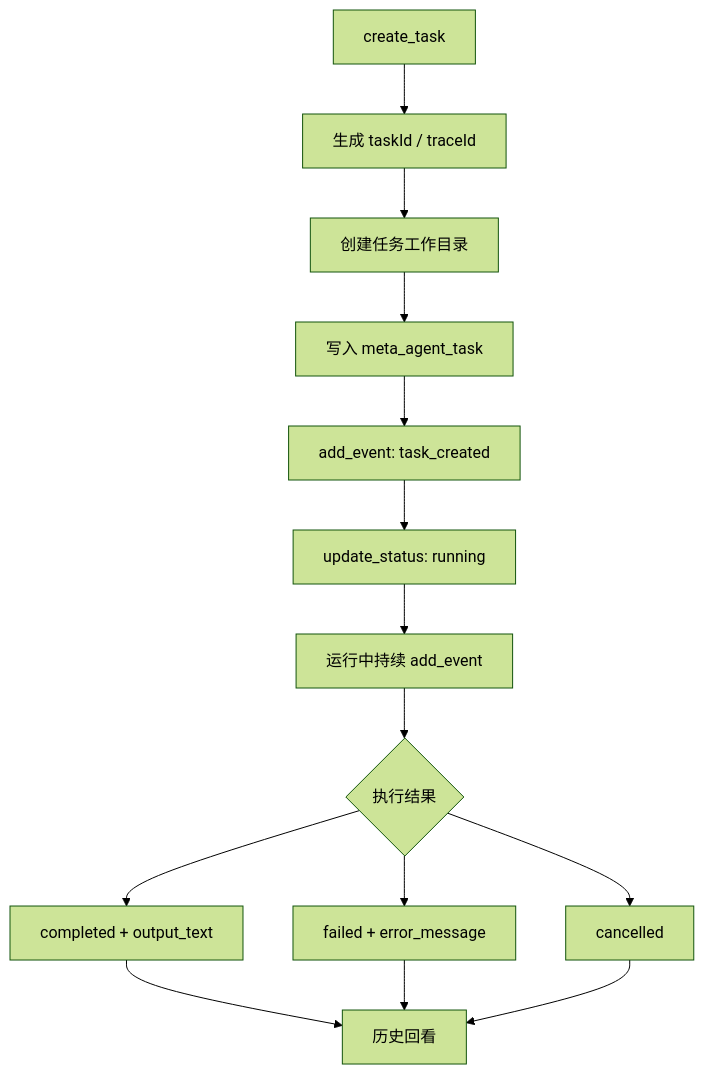
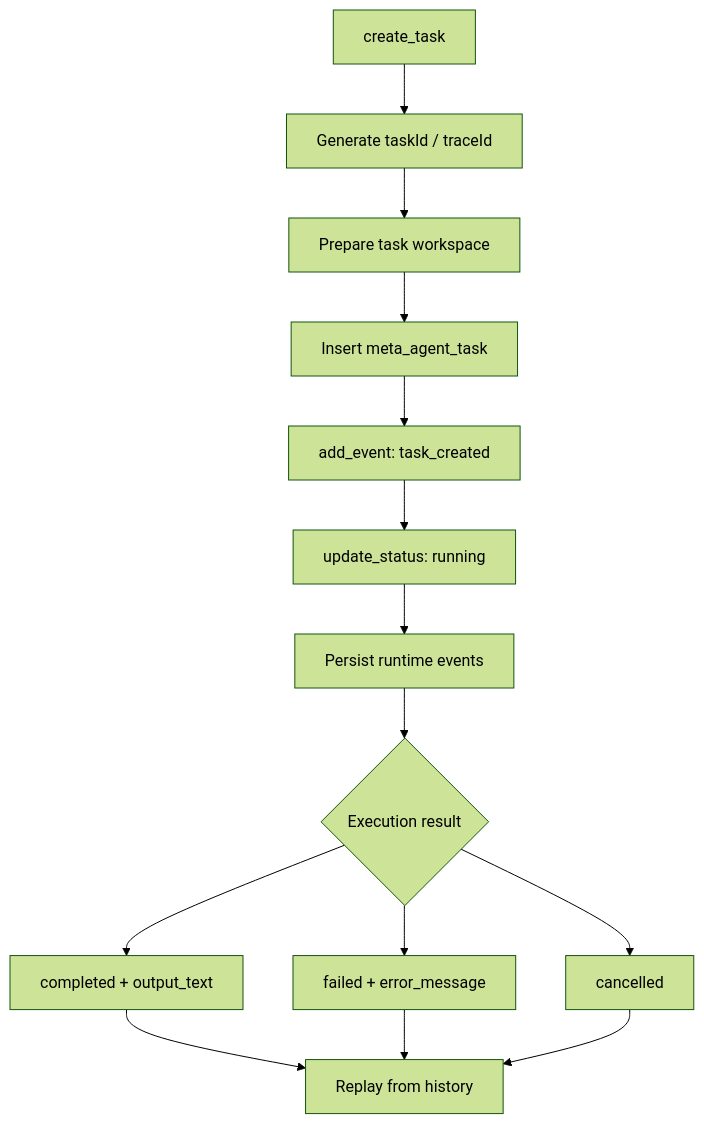
Before and after one commit to youkuxiaobin/task-pilot-agent: the fourth of 18 diagrams in README.md, drawn with Mermaid (forest theme). The commit also changed other lines of this file and 1 other file, not shown here.

````diff
--- a/README.md
+++ b/README.md
@@ -90,16 +107,16 @@
 ```mermaid
 flowchart TD
-  A["create_task"] --> B["生成 taskId / traceId"]
-  B --> C["创建任务工作目录"]
-  C --> D["写入 meta_agent_task"]
+  A["create_task"] --> B["Generate taskId / traceId"]
+  B --> C["Prepare task workspace"]
+  C --> D["Insert meta_agent_task"]
   D --> E["add_event: task_created"]
   E --> F["update_status: running"]
-  F --> G["运行中持续 add_event"]
-  G --> H{"执行结果"}
+  F --> G["Persist runtime events"]
+  G --> H{"Execution result"}
   H --> I["completed + output_text"]
   H --> J["failed + error_message"]
   H --> K["cancelled"]
-  I --> L["历史回看"]
+  I --> L["Replay from history"]
   J --> L
   K --> L
 ```
````
